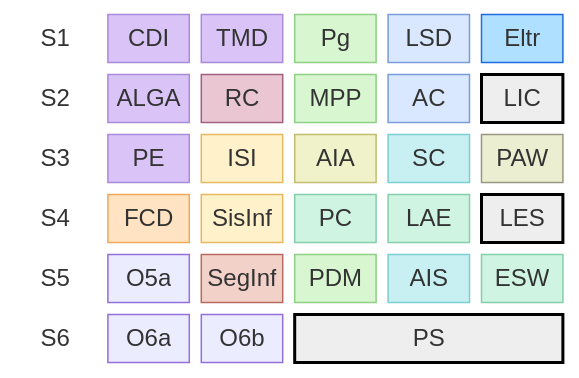
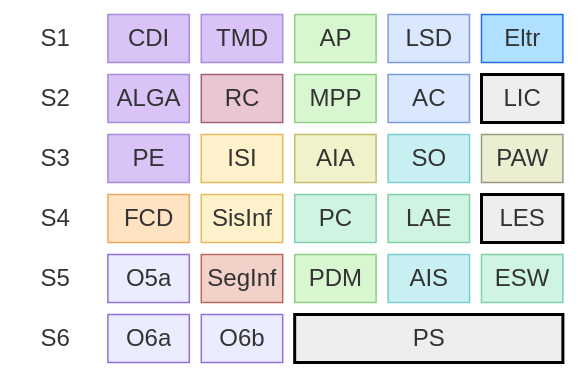
The diagram in LEIC-2027.mmd (jtrindade/isel-programs), drawn with Mermaid before and after one commit.

Commit message:
LEIC-2027.mmd - Pg->AP + SC->SO

```diff
--- a/LEIC-2027.mmd
+++ b/LEIC-2027.mmd
@@ -1,92 +1,92 @@
 block-beta
   columns 6
 
   %% Semestre 1
   S1["S1"]
   CDI["CDI"]
   TMD["TMD"]
-  Pg["Pg"]
+  AP["AP"]
   LSD["LSD"]
   Eltr["Eltr"]
 
   %% Semestre 2
   S2["S2"]
   ALGA["ALGA"]
   RC["RC"]
   MPP["MPP"]
   AC["AC"]
   LIC["LIC"]
 
   %% Semestre 3
   S3["S3"]
   PE["PE"]
   ISI["ISI"]
   AIA["AIA"]
-  SC["SC"]
+  SO["SO"]
   PAW["PAW"]
   
   %% Semestre 4
   S4["S4"]
   FCD["FCD"]
   SisInf["SisInf"]
   PC["PC"]
   LAE["LAE"]
   LES["LES"]
 
   %% Semestre 5
   S5["S5"]
   O5a["O5a"]
   SegInf["SegInf"]
   PDM["PDM"]
   AIS["AIS"]
   ESW["ESW"]
 
   %% Semestre 6
   S6["S6"]
   O6a["O6a"]
   O6b["O6b"]
   PS["PS"]:3
 
   style S1 fill:none,stroke:none;
   style S2 fill:none,stroke:none;
   style S3 fill:none,stroke:none;
   style S4 fill:none,stroke:none;
   style S5 fill:none,stroke:none;
   style S6 fill:none,stroke:none; 
 
   style CDI  fill:#dac4f7,stroke:#a88bd9
   style TMD  fill:#dac4f7,stroke:#a88bd9
   style ALGA fill:#dac4f7,stroke:#a88bd9
   style PE   fill:#dac4f7,stroke:#a88bd9
 
   style RC   fill:#e9c6d2, stroke:#a1607f
 
   style Eltr fill:#b0e0ff,stroke:#1f6be1
 
   style LSD  fill:#d9e8ff,stroke:#7a9cd9
   style AC   fill:#d9e8ff,stroke:#7a9cd9
 
   style AIA  fill:#f0f2c9,stroke:#c4bc6d
 
   style PAW  fill:#ECEED2,stroke:#989882
 
-  style SC   fill:#c8f0f2,stroke:#7bcdd1
+  style SO   fill:#c8f0f2,stroke:#7bcdd1
   style AIS  fill:#c8f0f2,stroke:#7bcdd1
 
   style LAE  fill:#D0F4E2,stroke:#85CEAB
   style PC   fill:#D0F4E2,stroke:#85CEAB
   style ESW  fill:#D0F4E2,stroke:#85CEAB
 
-  style Pg   fill:#d8f7d1,stroke:#8ecf85
+  style AP   fill:#d8f7d1,stroke:#8ecf85
   style MPP  fill:#d8f7d1,stroke:#8ecf85
   style PDM  fill:#d8f7d1,stroke:#8ecf85
 
   style FCD  fill:#ffe3c2,stroke:#f0a958
   style ISI  fill:#fff1c9,stroke:#e5b95f
   style SisInf fill:#fff1c9,stroke:#e5b95f
 
   style SegInf fill:#f2d1c9,stroke:#b96a5f
 
   style LIC fill:#eee,stroke:#000,stroke-width:2px,font-weight:bold
   style LES fill:#eee,stroke:#000,stroke-width:2px,font-weight:bold
   style PS  fill:#eee,stroke:#000,stroke-width:2px,font-weight:bold
```
